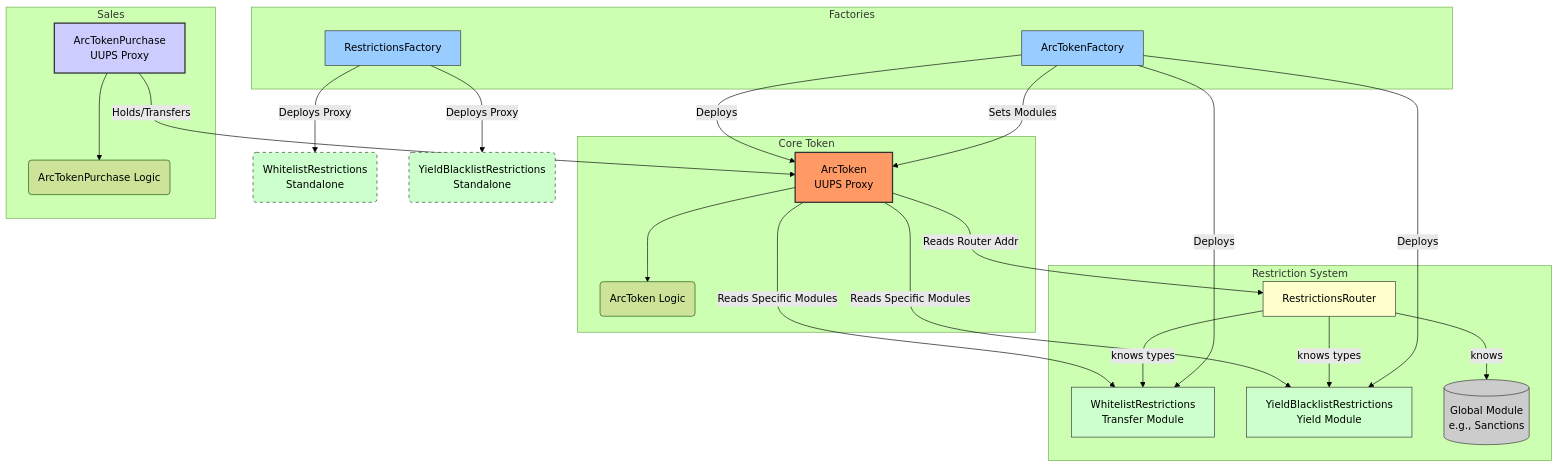
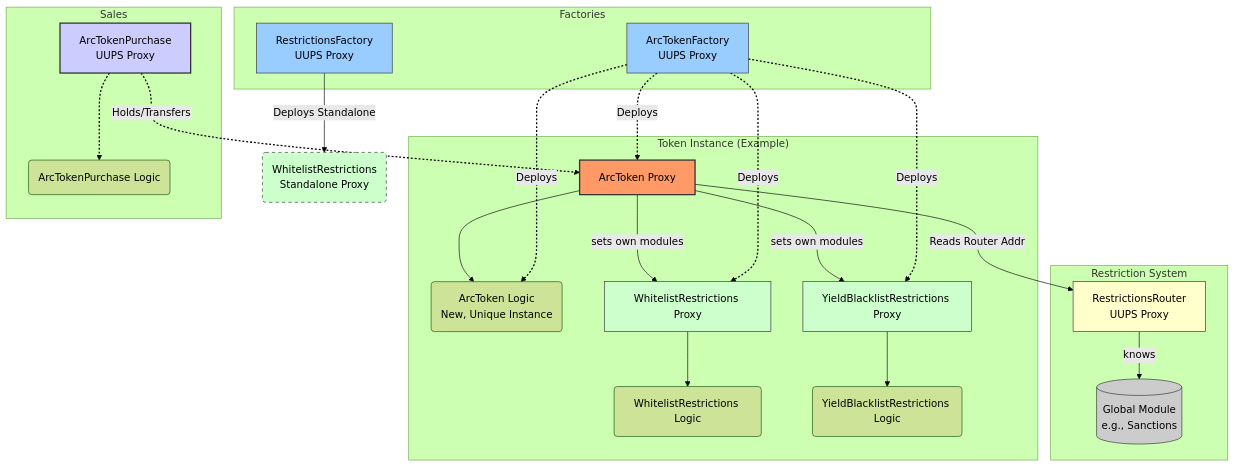
The diagram in arc/README.md (plumenetwork/contracts), drawn with Mermaid (forest theme) before and after one commit. The commit also changed other lines of this file, not shown here.

Commit message:
update arc token documentation (#230)

````diff
--- a/arc/README.md
+++ b/arc/README.md
@@ -13,58 +24,59 @@
 ```mermaid
 graph TD
     subgraph "Factories"
-        F1[ArcTokenFactory]
-        F2[RestrictionsFactory]
+        F1[ArcTokenFactory<br>UUPS Proxy]
+        F2[RestrictionsFactory<br>UUPS Proxy]
     end
 
-    subgraph "Core Token"
-        T[ArcToken<br>UUPS Proxy] --> TImpl(ArcToken Logic)
+    subgraph "Token Instance (Example)"
+        style T1 fill:#f96,stroke:#333,stroke-width:2px
+        T1[ArcToken Proxy] --> T1Impl(ArcToken Logic<br>New, Unique Instance)
+        T1 -- sets own modules --> RM_W1[WhitelistRestrictions Proxy]
+        T1 -- sets own modules --> RM_Y1[YieldBlacklistRestrictions Proxy]
+        RM_W1 --> RM_W_Impl(WhitelistRestrictions Logic)
+        RM_Y1 --> RM_Y_Impl(YieldBlacklistRestrictions Logic)
     end
-
+    
     subgraph "Restriction System"
-        RR[RestrictionsRouter]
-        RM_W[WhitelistRestrictions<br>Transfer Module]
-        RM_Y[YieldBlacklistRestrictions<br>Yield Module]
+        RR[RestrictionsRouter<br>UUPS Proxy]
         RM_G[(Global Module<br>e.g., Sanctions)]
 
-        T -- Reads Router Addr --> RR
-        T -- Reads Specific Modules --> RM_W
-        T -- Reads Specific Modules --> RM_Y
+        T1 -- Reads Router Addr --> RR
         RR -- knows --> RM_G
-        RR -- knows types --> RM_W
-        RR -- knows types --> RM_Y
     end
 
     subgraph "Sales"
+        style P fill:#ccf,stroke:#333,stroke-width:2px
         P[ArcTokenPurchase<br>UUPS Proxy] --> PImpl(ArcTokenPurchase Logic)
-        P -- Holds/Transfers --> T
+        P -- Holds/Transfers --> T1
     end
 
-    F1 -- Deploys --> T
-    F1 -- Deploys --> RM_W
-    F1 -- Deploys --> RM_Y
-    F1 -- Sets Modules --> T
-    F2 -- Deploys Proxy --> RM_W_Standalone(WhitelistRestrictions<br>Standalone)
-    F2 -- Deploys Proxy --> RM_Y_Standalone(YieldBlacklistRestrictions<br>Standalone)
+    F1 -- Deploys --> T1
+    F1 -- Deploys --> T1Impl
+    F1 -- Deploys --> RM_W1
+    F1 -- Deploys --> RM_Y1
+
+    F2 -- Deploys Standalone --> RM_W_Standalone(WhitelistRestrictions<br>Standalone Proxy)
+    
+    linkStyle 7,8,9,10,11,12 stroke-width:2px,stroke-dasharray: 3 3
 
     %% Annotations
-    %% Note for T: Core ERC20, UUPS Upgradeable,<br>Manages holders, yield distribution,<br>Delegates restriction checks.
-    %% Note for F1: Creates ArcToken proxies<br>and deploys dedicated instances of<br>Whitelist & YieldBlacklist modules per token.
-    %% Note for F2: Deploys standalone, proxied<br>restriction modules (e.g., Whitelist).
-    %% Note for RR: Central point for routing<br>restriction checks based on type<br>(Global or Token-Specific).
-    %% Note for RM_W: Token-specific module instance<br>enforcing transfer whitelists,<br>deployed by ArcTokenFactory.
-    %% Note for RM_Y: Token-specific module instance<br>enforcing yield blacklists,<br>deployed by ArcTokenFactory.
-    %% Note for P: Handles token sales,<br>holds tokens for sale,<br>manages storefront config.
-    %% Note for RM_W_Standalone: Example standalone module<br>deployed by RestrictionsFactory.
+    %% Note for T1: Core ERC20, UUPS Upgradeable. Points to its own unique implementation. Manages holders, yield distribution, and delegates restriction checks.
+    %% Note for F1: Creates ArcToken proxies and deploys a dedicated, unique ArcToken logic instance per token. Also deploys proxied instances of Whitelist & YieldBlacklist modules.
+    %% Note for F2: Deploys standalone, proxied restriction modules.
+    %% Note for RR: Central, upgradeable point for routing restriction checks based on type (Global or Token-Specific).
+    %% Note for RM_W1: Proxied, token-specific module enforcing transfer whitelists, deployed by ArcTokenFactory.
+    %% Note for RM_Y1: Proxied, token-specific module enforcing yield blacklists, deployed by ArcTokenFactory.
+    %% Note for P: Handles token sales, holds tokens for sale, manages storefront config.
+    %% Note for RM_W_Standalone: Example standalone module proxy deployed by RestrictionsFactory.
 
-    style T fill:#f96,stroke:#333,stroke-width:2px
+    style T1 fill:#f96,stroke:#333,stroke-width:2px
     style P fill:#ccf,stroke:#333,stroke-width:2px
     style F1 fill:#9cf,stroke:#333,stroke-width:1px
     style F2 fill:#9cf,stroke:#333,stroke-width:1px
     style RR fill:#ffc,stroke:#333,stroke-width:1px
-    style RM_W fill:#cfc,stroke:#333,stroke-width:1px
-    style RM_Y fill:#cfc,stroke:#333,stroke-width:1px
+    style RM_W1 fill:#cfc,stroke:#333,stroke-width:1px
+    style RM_Y1 fill:#cfc,stroke:#333,stroke-width:1px
     style RM_G fill:#ccc,stroke:#333,stroke-width:1px
     style RM_W_Standalone fill:#cfc,stroke:#333,stroke-width:1px,stroke-dasharray: 5 5
-    style RM_Y_Standalone fill:#cfc,stroke:#333,stroke-width:1px,stroke-dasharray: 5 5
 ```
````
